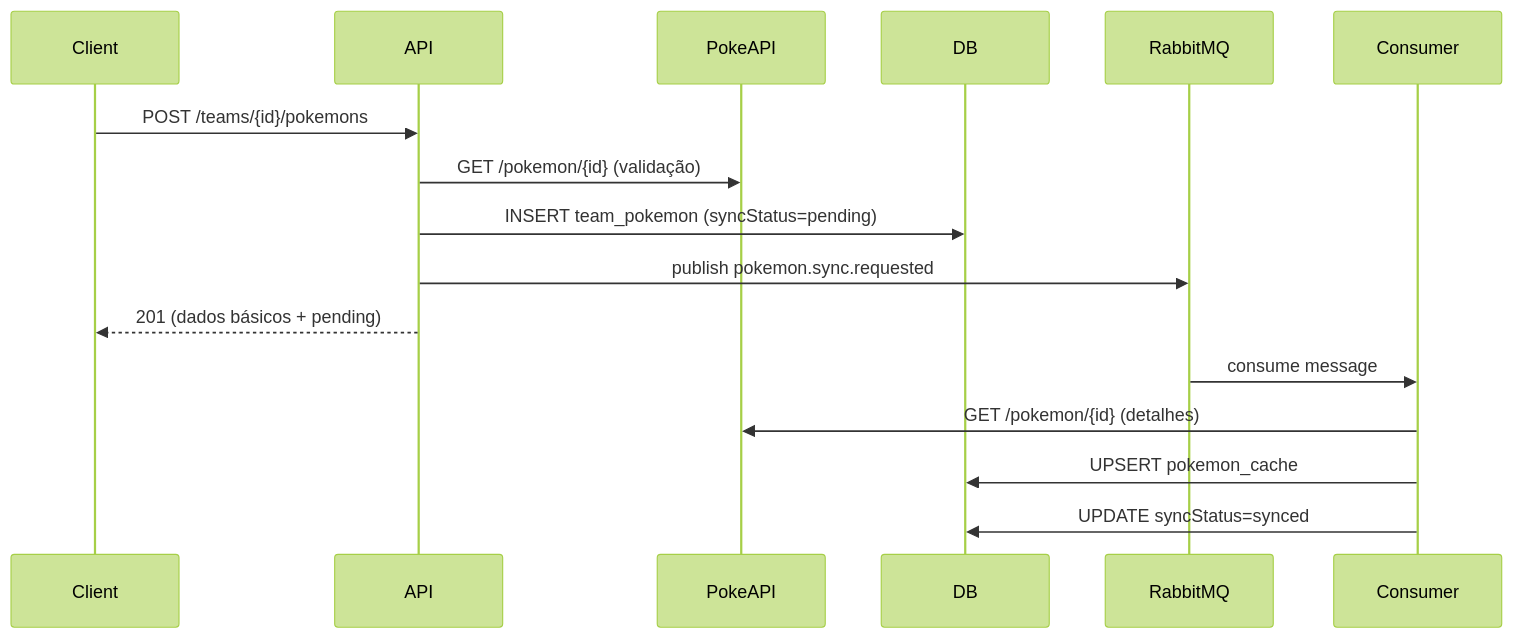
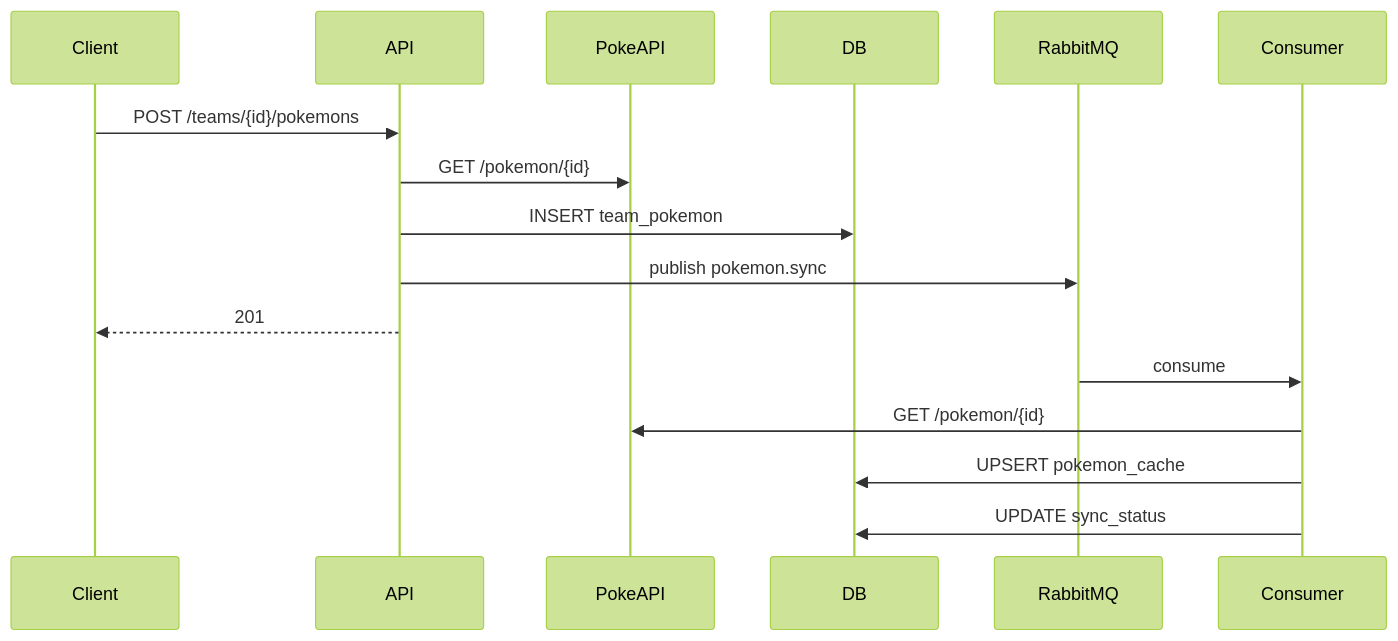
The diagram in README.md (olucasleitedev/leany-pokemon-api), drawn with Mermaid (forest theme) before and after one commit. The commit also changed other lines of this file and 2 other files, not shown here.

First line of the commit message:
docs: simplify README and API descriptions

````diff
--- a/README.md
+++ b/README.md
@@ -92,20 +75,20 @@
 ```mermaid
 sequenceDiagram
     participant Client
     participant API
     participant PokeAPI
     participant DB
     participant RabbitMQ
     participant Consumer
 
     Client->>API: POST /teams/{id}/pokemons
-    API->>PokeAPI: GET /pokemon/{id} (validação)
-    API->>DB: INSERT team_pokemon (syncStatus=pending)
-    API->>RabbitMQ: publish pokemon.sync.requested
-    API-->>Client: 201 (dados básicos + pending)
+    API->>PokeAPI: GET /pokemon/{id}
+    API->>DB: INSERT team_pokemon
+    API->>RabbitMQ: publish pokemon.sync
+    API-->>Client: 201
 
-    RabbitMQ->>Consumer: consume message
-    Consumer->>PokeAPI: GET /pokemon/{id} (detalhes)
+    RabbitMQ->>Consumer: consume
+    Consumer->>PokeAPI: GET /pokemon/{id}
     Consumer->>DB: UPSERT pokemon_cache
-    Consumer->>DB: UPDATE syncStatus=synced
+    Consumer->>DB: UPDATE sync_status
 ```
````
